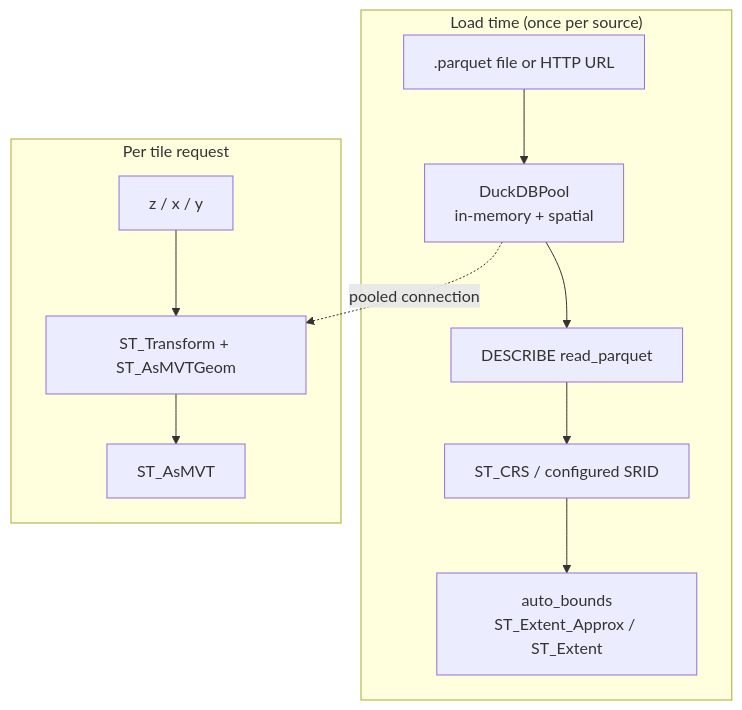
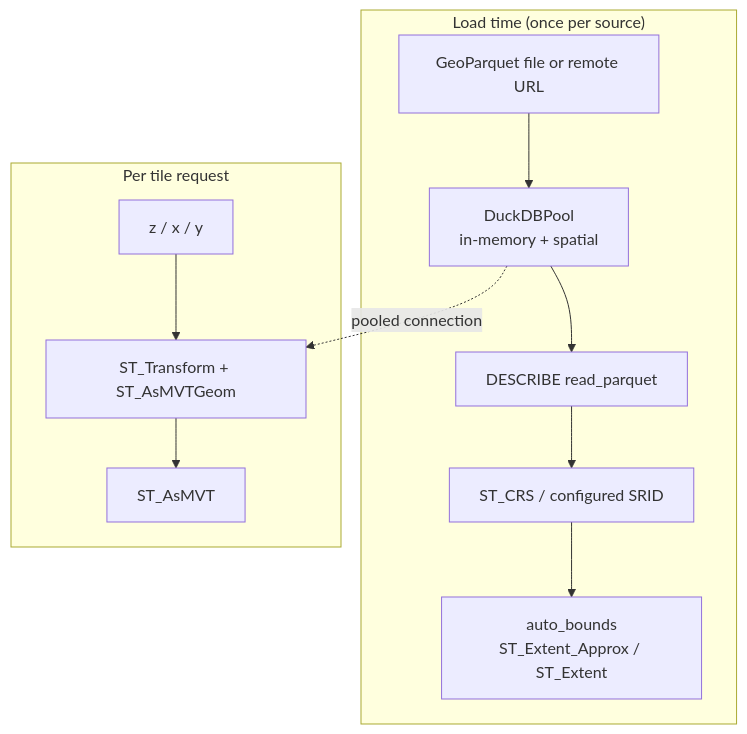
Before and after one commit to maplibre/martin: the eighth of 8 diagrams in docs/content/architecture.md, drawn with Mermaid. The commit also changed other lines of this file and 9 other files, not shown here.

````diff
--- a/docs/content/architecture.md
+++ b/docs/content/architecture.md
@@ -499,20 +499,20 @@
     ```mermaid
     graph TB
         subgraph Load["Load time (once per source)"]
-            File[".parquet file or HTTP URL"]
+            File["GeoParquet file or remote URL"]
             Pool["DuckDBPool<br/>in-memory + spatial"]
             Describe["DESCRIBE read_parquet"]
             CRS["ST_CRS / configured SRID"]
             Bounds["auto_bounds<br/>ST_Extent_Approx / ST_Extent"]
         end
 
         subgraph Request["Per tile request"]
             XYZ["z / x / y"]
             SQL["ST_Transform + ST_AsMVTGeom"]
             MVT["ST_AsMVT"]
         end
 
         File --> Pool --> Describe --> CRS --> Bounds
         Pool -.->|pooled connection| SQL
         XYZ --> SQL --> MVT
     ```
````
